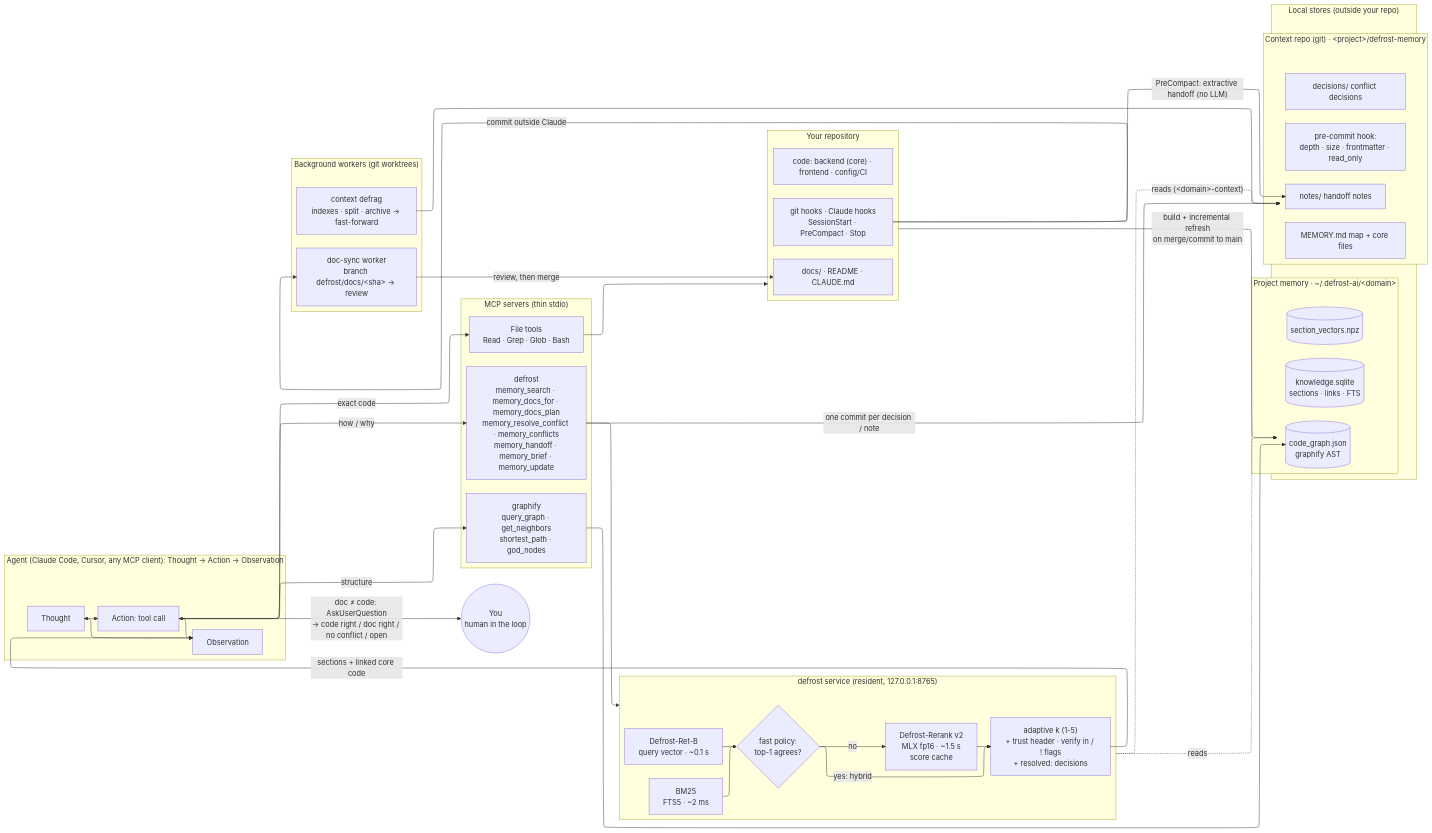
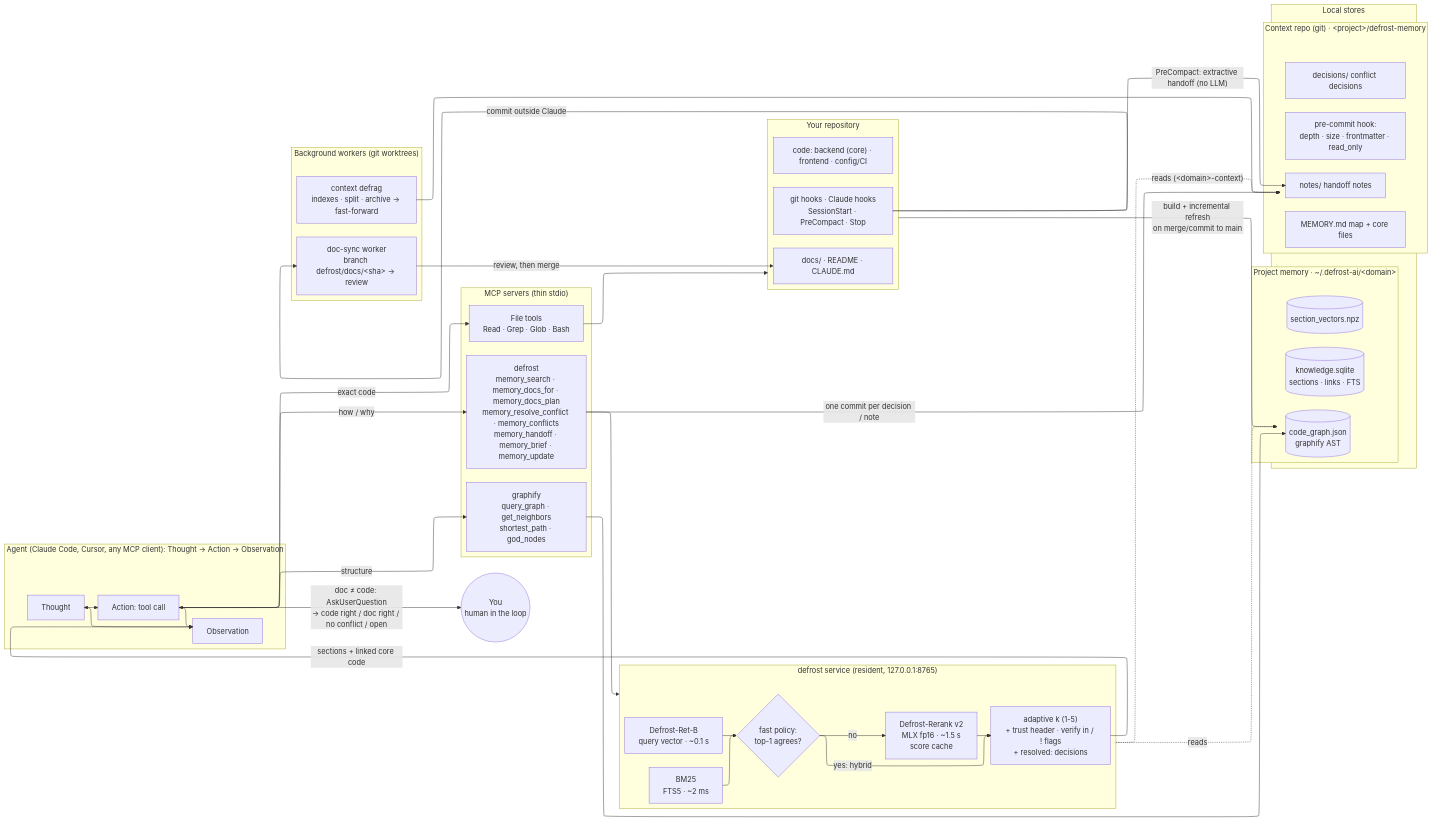
The first of 2 diagrams in docs/AGENT_LOOP.md (Signaturi4/defrost-ai), drawn with Mermaid before and after one commit. The commit also changed 15 other files, not shown here.

First line of the commit message:
Brand: app icon, logo, favicons, social preview; README redesign with the architecture and loop diagrams

````diff
--- a/docs/AGENT_LOOP.md
+++ b/docs/AGENT_LOOP.md
@@ -14,75 +14,75 @@
 ```mermaid
 ---
 config:
   layout: elk
   elk:
     mergeEdges: true
     nodePlacementStrategy: BRANDES_KOEPF
 ---
 flowchart LR
     subgraph Agent["Agent (Claude Code, Cursor, any MCP client): Thought → Action → Observation"]
         direction LR
         T[Thought] --> A[Action: tool call] --> O[Observation] --> T
     end
     U(("You<br/>human in the loop"))
 
     subgraph MCP["MCP servers (thin stdio)"]
         direction LR
         M1["defrost<br/>memory_search · memory_docs_for · memory_docs_plan<br/>memory_resolve_conflict · memory_conflicts<br/>memory_handoff · memory_brief · memory_update"]
         M2["graphify<br/>query_graph · get_neighbors<br/>shortest_path · god_nodes"]
         F["File tools<br/>Read · Grep · Glob · Bash"]
     end
 
     subgraph Service["defrost service (resident, 127.0.0.1:8765)"]
         direction LR
         S1["BM25<br/>FTS5 · ~2 ms"] --> P{"fast policy:<br/>top-1 agrees?"}
         S2["Defrost-Ret-B<br/>query vector · ~0.1 s"] --> P
         P -- "yes: hybrid" --> K
         P -- "no" --> S3["Defrost-Rerank v2<br/>MLX fp16 · ~1.5 s<br/>score cache"] --> K["adaptive k (1-5)<br/>+ trust header · verify in / ! flags<br/>+ resolved: decisions"]
     end
 
-    subgraph Stores["Local stores (outside your repo)"]
+    subgraph Stores["Local stores"]
         direction LR
         subgraph Store["Project memory · ~/.defrost-ai/&lt;domain&gt;"]
             D1[("knowledge.sqlite<br/>sections · links · FTS")]
             D2[("section_vectors.npz")]
             D3[("code_graph.json<br/>graphify AST")]
         end
         subgraph Ctx["Context repo (git) · &lt;project&gt;/defrost-memory"]
             C0["MEMORY.md map + core files"]
             C1["notes/ handoff notes"]
             C2["decisions/ conflict decisions"]
             C3["pre-commit hook:<br/>depth · size · frontmatter · read_only"]
         end
     end
 
     subgraph Repo["Your repository"]
         direction LR
         R1["docs/ · README · CLAUDE.md"]
         R2["code: backend (core) · frontend · config/CI"]
         R3["git hooks · Claude hooks<br/>SessionStart · PreCompact · Stop"]
     end
 
     subgraph Workers["Background workers (git worktrees)"]
         direction LR
         W1["doc-sync worker<br/>branch defrost/docs/&lt;sha&gt; → review"]
         W2["context defrag<br/>indexes · split · archive → fast-forward"]
     end
 
     A -->|"how / why"| M1
     A -->|"structure"| M2
     A -->|"exact code"| F
     A <-->|"doc ≠ code: AskUserQuestion<br/>→ code right / doc right / no conflict / open"| U
     M1 --> Service
     K -->|"sections + linked core code"| O
     Service -. reads .-> Store
     Service -. "reads (&lt;domain&gt;-context)" .-> Ctx
     M2 --> D3
     M1 -->|"one commit per decision / note"| Ctx
     F --> Repo
     Repo -->|"build + incremental refresh<br/>on merge/commit to main"| Store
     R3 -->|"PreCompact: extractive handoff (no LLM)"| C1
     R3 -->|"commit outside Claude"| W1
     W1 -->|"review, then merge"| R1
     W2 --> Ctx
 ```
````
